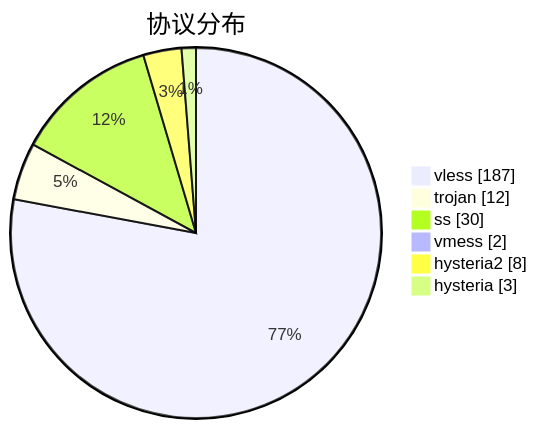
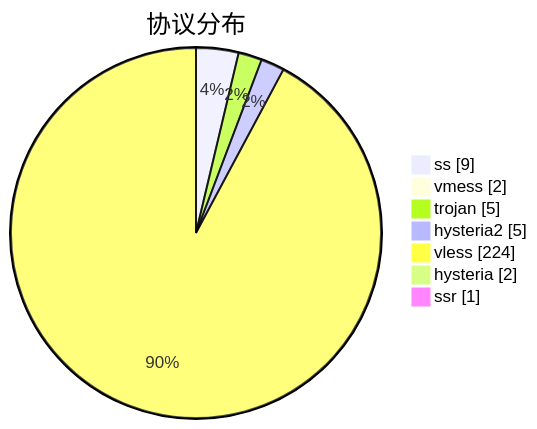
Before and after one commit to sinspired/airport: the third of 3 diagrams in subs/statistics/tested_within.md, drawn with Mermaid. The commit also changed other lines of this file and 2 other files, not shown here.

````diff
--- a/subs/statistics/tested_within.md
+++ b/subs/statistics/tested_within.md
@@ -40,10 +33,11 @@
 ```mermaid
 pie showData
 title 协议分布
-"vless" : 187
-"trojan" : 12
-"ss" : 30
+"ss" : 9
 "vmess" : 2
-"hysteria2" : 8
-"hysteria" : 3
+"trojan" : 5
+"hysteria2" : 5
+"vless" : 224
+"hysteria" : 2
+"ssr" : 1
 ```
````
